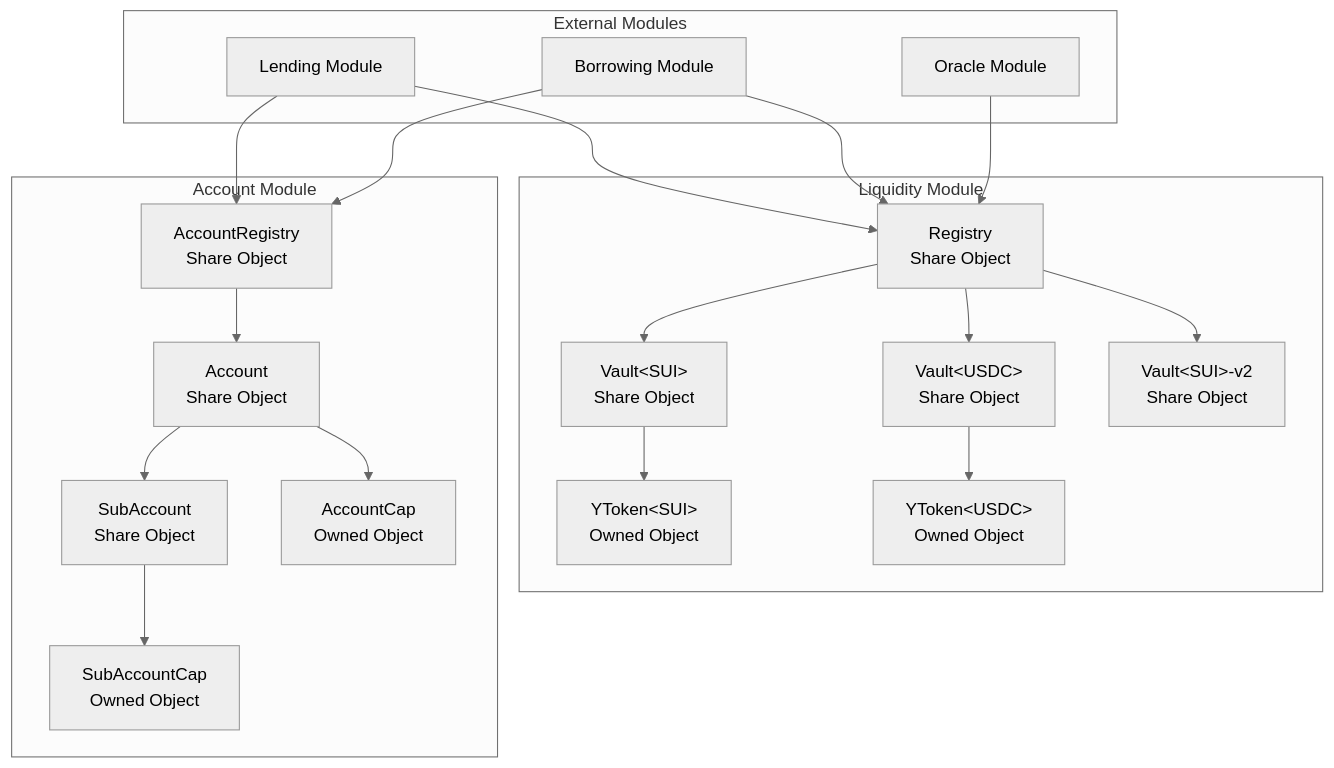
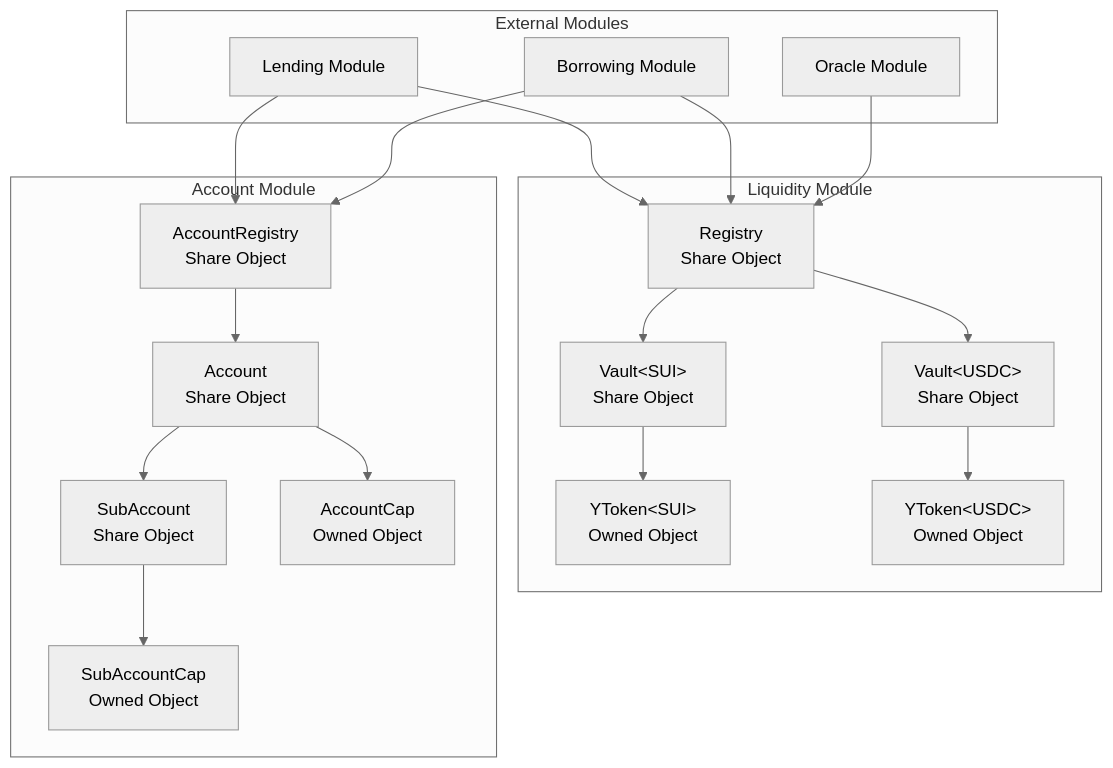
Before and after one commit to OlendLabs/sui-olend-smart-contracts: the first of 4 diagrams in .kiro/specs/olend-defi-platform/design.md, drawn with Mermaid (neutral theme). The commit also changed other lines of this file and 3 other files, not shown here.

````diff
--- a/.kiro/specs/olend-defi-platform/design.md
+++ b/.kiro/specs/olend-defi-platform/design.md
@@ -17,42 +17,42 @@
 ```mermaid
 graph TB
     subgraph "Liquidity Module"
         Registry[Registry<br/>Share Object]
         Vault1[Vault&lt;SUI&gt;<br/>Share Object]
         Vault2[Vault&lt;USDC&gt;<br/>Share Object]
-        Vault3[Vault&lt;SUI&gt;-v2<br/>Share Object]
+
         YToken1[YToken&lt;SUI&gt;<br/>Owned Object]
         YToken2[YToken&lt;USDC&gt;<br/>Owned Object]
     end
     
     subgraph "Account Module"
         AccountRegistry[AccountRegistry<br/>Share Object]
         Account[Account<br/>Share Object]
         SubAccount[SubAccount<br/>Share Object]
         AccountCap[AccountCap<br/>Owned Object]
         SubAccountCap[SubAccountCap<br/>Owned Object]
     end
     
     subgraph "External Modules"
         Lending[Lending Module]
         Borrowing[Borrowing Module]
         Oracle[Oracle Module]
     end
     
     Registry --> Vault1
     Registry --> Vault2
-    Registry --> Vault3
+
     Vault1 --> YToken1
     Vault2 --> YToken2
     
     AccountRegistry --> Account
     Account --> SubAccount
     Account --> AccountCap
     SubAccount --> SubAccountCap
     
     Lending --> Registry
     Lending --> AccountRegistry
     Borrowing --> Registry
     Borrowing --> AccountRegistry
     Oracle --> Registry
 ```
````
